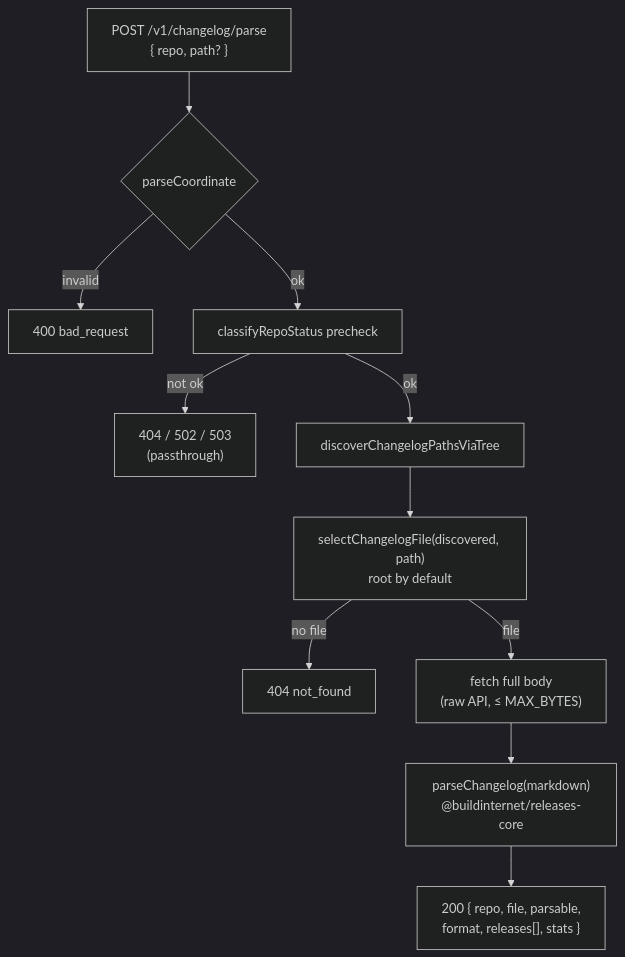
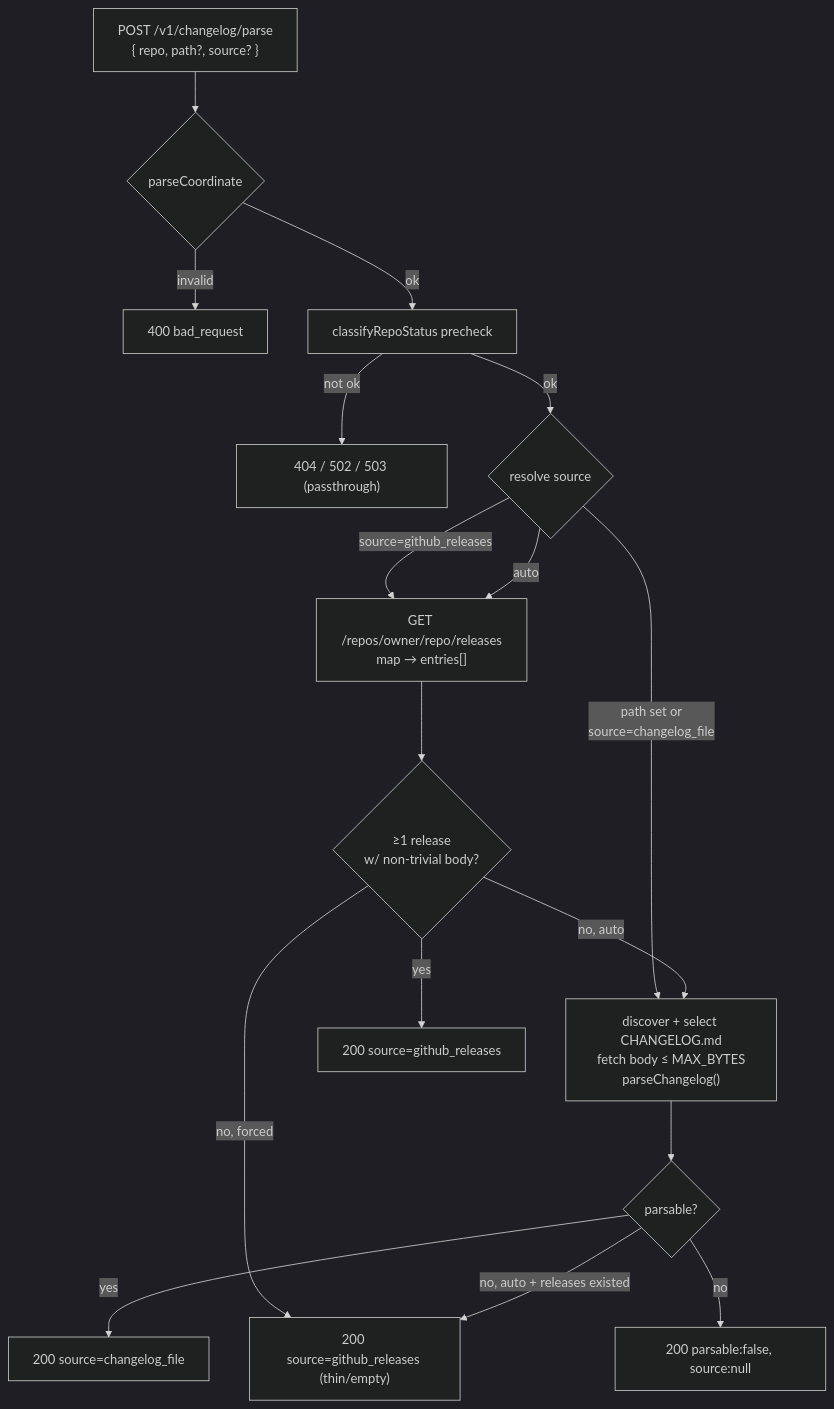
Before and after one commit to buildinternet/releases: the diagram in docs/superpowers/specs/2026-05-23-on-demand-changelog-parse-design.md, drawn with Mermaid (dark theme). The commit also changed other lines of this file, not shown here.

First line of the commit message:
docs(spec): reframe changelog-parse as universal viewer + add GitHub Releases source

````diff
--- a/docs/superpowers/specs/2026-05-23-on-demand-changelog-parse-design.md
+++ b/docs/superpowers/specs/2026-05-23-on-demand-changelog-parse-design.md
@@ -60,13 +105,22 @@
 ```mermaid
 flowchart TD
-    A["POST /v1/changelog/parse<br/>{ repo, path? }"] --> B{parseCoordinate}
+    A["POST /v1/changelog/parse<br/>{ repo, path?, source? }"] --> B{parseCoordinate}
     B -->|invalid| E400[400 bad_request]
     B -->|ok| C[classifyRepoStatus precheck]
-    C -->|not ok| ERR["404 / 502 / 503<br/>(passthrough)"]
-    C -->|ok| D[discoverChangelogPathsViaTree]
-    D --> S["selectChangelogFile(discovered, path)<br/>root by default"]
-    S -->|no file| E404[404 not_found]
-    S -->|file| F["fetch full body<br/>(raw API, ≤ MAX_BYTES)"]
-    F --> P["parseChangelog(markdown)<br/>@buildinternet/releases-core"]
-    P --> R["200 { repo, file, parsable,<br/>format, releases[], stats }"]
+    C -->|not ok| ERR["404 / 502 / 503 (passthrough)"]
+    C -->|ok| MODE{resolve source}
+
+    MODE -->|path set or<br/>source=changelog_file| FILE
+    MODE -->|source=github_releases| REL
+    MODE -->|auto| REL
+
+    REL["GET /repos/owner/repo/releases<br/>map → entries[]"] --> RELQ{≥1 release<br/>w/ non-trivial body?}
+    RELQ -->|yes| OK_REL["200 source=github_releases"]
+    RELQ -->|no, auto| FILE["discover + select CHANGELOG.md<br/>fetch body ≤ MAX_BYTES<br/>parseChangelog()"]
+    RELQ -->|no, forced| THIN["200 source=github_releases (thin/empty)"]
+
+    FILE --> FQ{parsable?}
+    FQ -->|yes| OK_FILE["200 source=changelog_file"]
+    FQ -->|no, auto + releases existed| THIN
+    FQ -->|no| NONE["200 parsable:false, source:null"]
 ```
````
